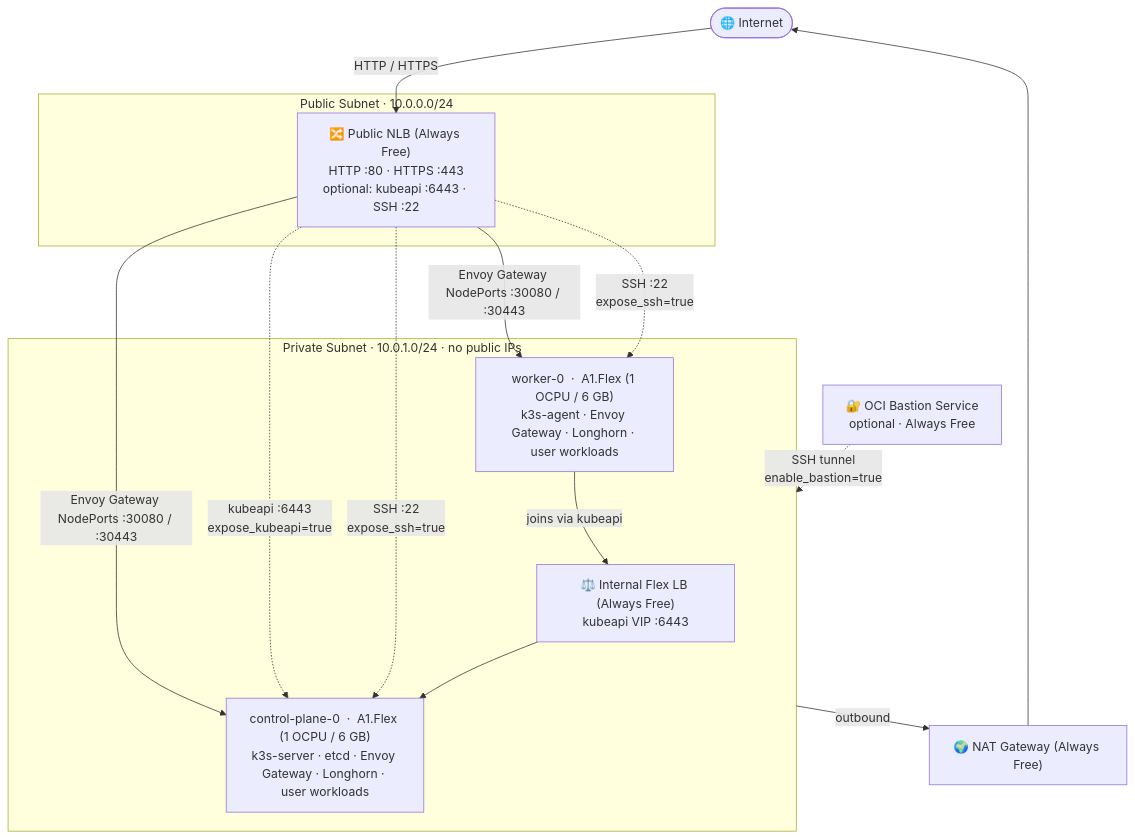
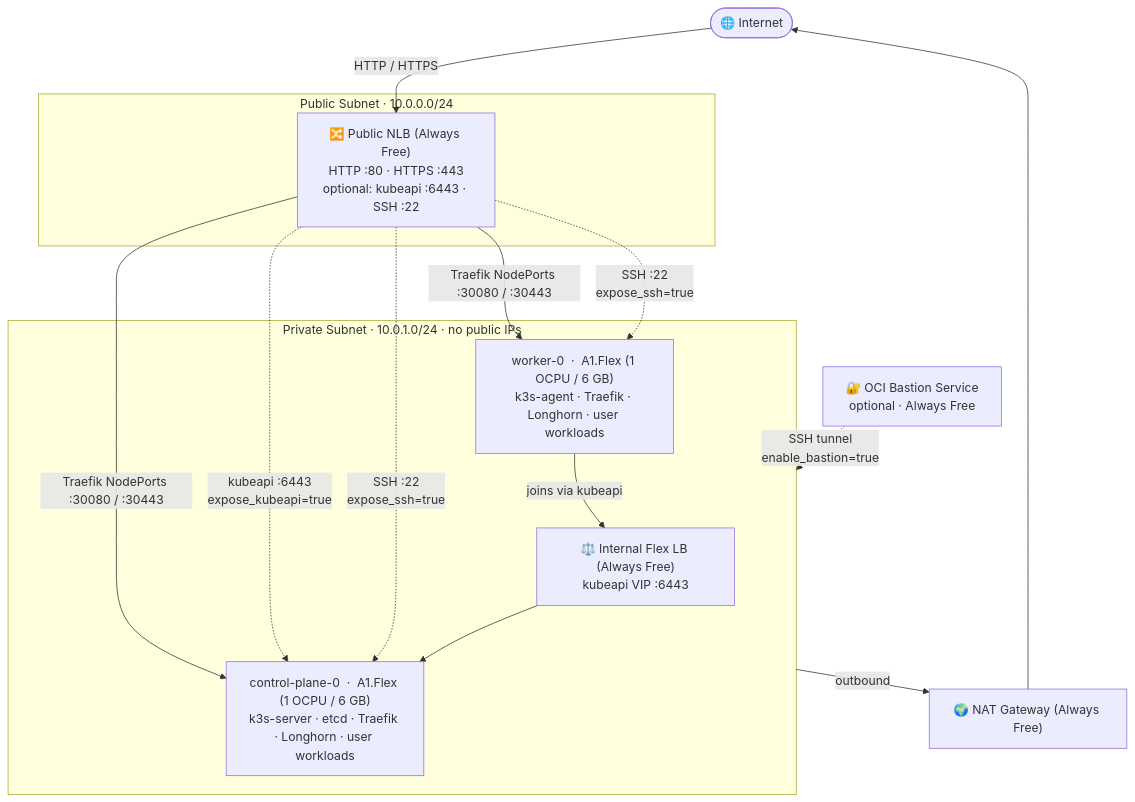
One commit to mbologna/k3s-oci changed the diagram in README.md. Above: the diagram before and after it, drawn with Mermaid. The commit also changed other lines of this file and 34 other files, not shown here.

First line of the commit message:
feat!: serve ingress with Traefik instead of Envoy Gateway

````diff
--- a/README.md
+++ b/README.md
@@ -30,37 +30,37 @@
 ```mermaid
 graph TD
     Internet(["🌐 Internet"])
 
     subgraph public["Public Subnet · 10.0.0.0/24"]
         NLB["🔀 Public NLB (Always Free)
 HTTP :80 · HTTPS :443
 optional: kubeapi :6443 · SSH :22"]
     end
 
     subgraph private["Private Subnet · 10.0.1.0/24 · no public IPs"]
         ILB["⚖️ Internal Flex LB (Always Free)
 kubeapi VIP :6443"]
 
         CP["control-plane-0  ·  A1.Flex (1 OCPU / 6 GB)
-k3s-server · etcd · Envoy Gateway · Longhorn · user workloads"]
+k3s-server · etcd · Traefik · Longhorn · user workloads"]
 
         W["worker-0  ·  A1.Flex (1 OCPU / 6 GB)
-k3s-agent · Envoy Gateway · Longhorn · user workloads"]
+k3s-agent · Traefik · Longhorn · user workloads"]
     end
 
     NAT["🌍 NAT Gateway (Always Free)"]
     Bastion["🔐 OCI Bastion Service
 optional · Always Free"]
 
     Internet -->|HTTP / HTTPS| NLB
-    NLB -->|"Envoy Gateway NodePorts :30080 / :30443"| CP & W
+    NLB -->|"Traefik NodePorts :30080 / :30443"| CP & W
     NLB -. "kubeapi :6443
 expose_kubeapi=true" .-> CP
     NLB -. "SSH :22
 expose_ssh=true" .-> CP & W
     ILB --> CP
     W -->|joins via kubeapi| ILB
     private -->|outbound| NAT --> Internet
     Bastion -. "SSH tunnel
 enable_bastion=true" .-> private
 ```
````
